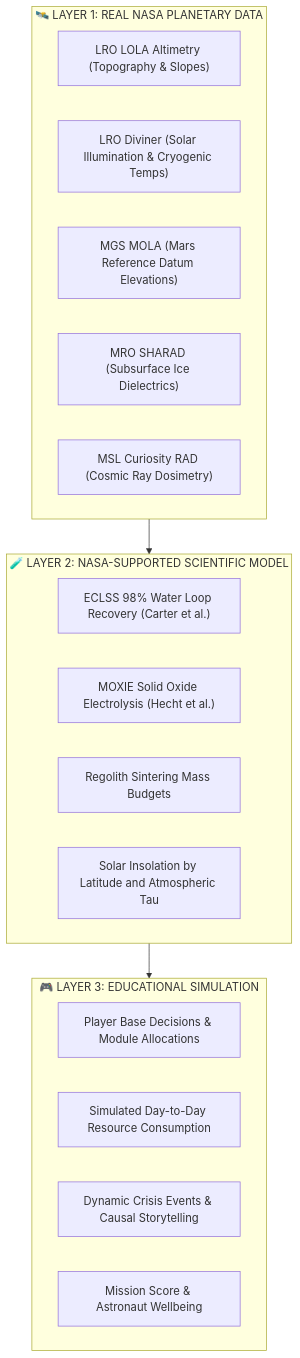
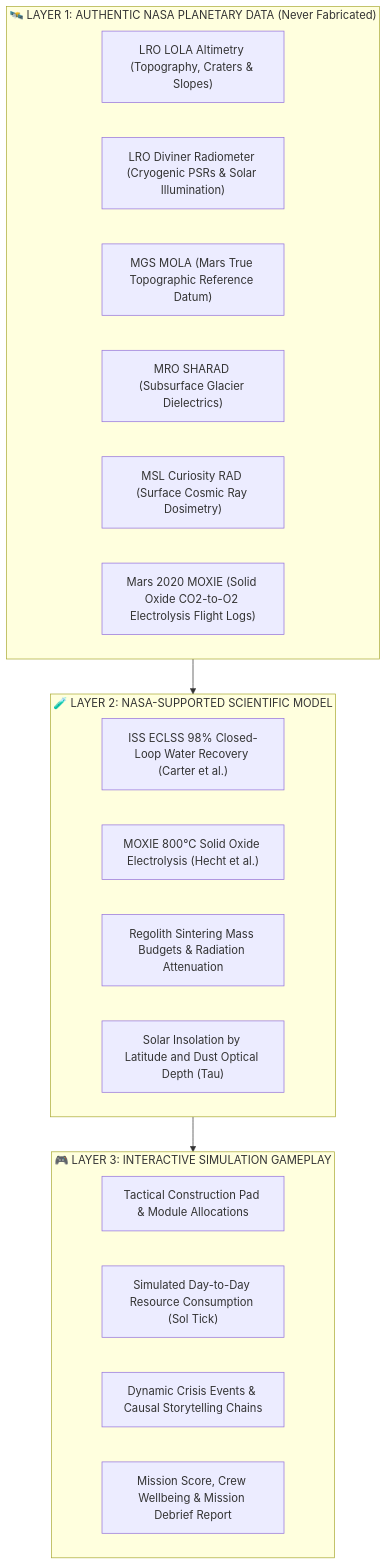
One commit to jihadjp/nasa-junior-astronaut-trainer changed the diagram in README.md. Above: the diagram before and after it, drawn with Mermaid. The commit also changed other lines of this file and 1 other file, not shown here.

````diff
--- a/README.md
+++ b/README.md
@@ -56,27 +80,28 @@
 ```mermaid
 flowchart TD
-    subgraph L1["🛰️ LAYER 1: REAL NASA PLANETARY DATA"]
-        D1["LRO LOLA Altimetry (Topography & Slopes)"]
-        D2["LRO Diviner (Solar Illumination & Cryogenic Temps)"]
-        D3["MGS MOLA (Mars Reference Datum Elevations)"]
-        D4["MRO SHARAD (Subsurface Ice Dielectrics)"]
-        D5["MSL Curiosity RAD (Cosmic Ray Dosimetry)"]
+    subgraph L1["🛰️ LAYER 1: AUTHENTIC NASA PLANETARY DATA (Never Fabricated)"]
+        D1["LRO LOLA Altimetry (Topography, Craters & Slopes)"]
+        D2["LRO Diviner Radiometer (Cryogenic PSRs & Solar Illumination)"]
+        D3["MGS MOLA (Mars True Topographic Reference Datum)"]
+        D4["MRO SHARAD (Subsurface Glacier Dielectrics)"]
+        D5["MSL Curiosity RAD (Surface Cosmic Ray Dosimetry)"]
+        D6["Mars 2020 MOXIE (Solid Oxide CO2-to-O2 Electrolysis Flight Logs)"]
     end
 
     subgraph L2["🧪 LAYER 2: NASA-SUPPORTED SCIENTIFIC MODEL"]
-        M1["ECLSS 98% Water Loop Recovery (Carter et al.)"]
-        M2["MOXIE Solid Oxide Electrolysis (Hecht et al.)"]
-        M3["Regolith Sintering Mass Budgets"]
-        M4["Solar Insolation by Latitude and Atmospheric Tau"]
+        M1["ISS ECLSS 98% Closed-Loop Water Recovery (Carter et al.)"]
+        M2["MOXIE 800°C Solid Oxide Electrolysis (Hecht et al.)"]
+        M3["Regolith Sintering Mass Budgets & Radiation Attenuation"]
+        M4["Solar Insolation by Latitude and Dust Optical Depth (Tau)"]
     end
 
-    subgraph L3["🎮 LAYER 3: EDUCATIONAL SIMULATION"]
-        S1["Player Base Decisions & Module Allocations"]
-        S2["Simulated Day-to-Day Resource Consumption"]
-        S3["Dynamic Crisis Events & Causal Storytelling"]
-        S4["Mission Score & Astronaut Wellbeing"]
+    subgraph L3["🎮 LAYER 3: INTERACTIVE SIMULATION GAMEPLAY"]
+        S1["Tactical Construction Pad & Module Allocations"]
+        S2["Simulated Day-to-Day Resource Consumption (Sol Tick)"]
+        S3["Dynamic Crisis Events & Causal Storytelling Chains"]
+        S4["Mission Score, Crew Wellbeing & Mission Debrief Report"]
     end
 
     L1 --> L2
     L2 --> L3
 ```
````
